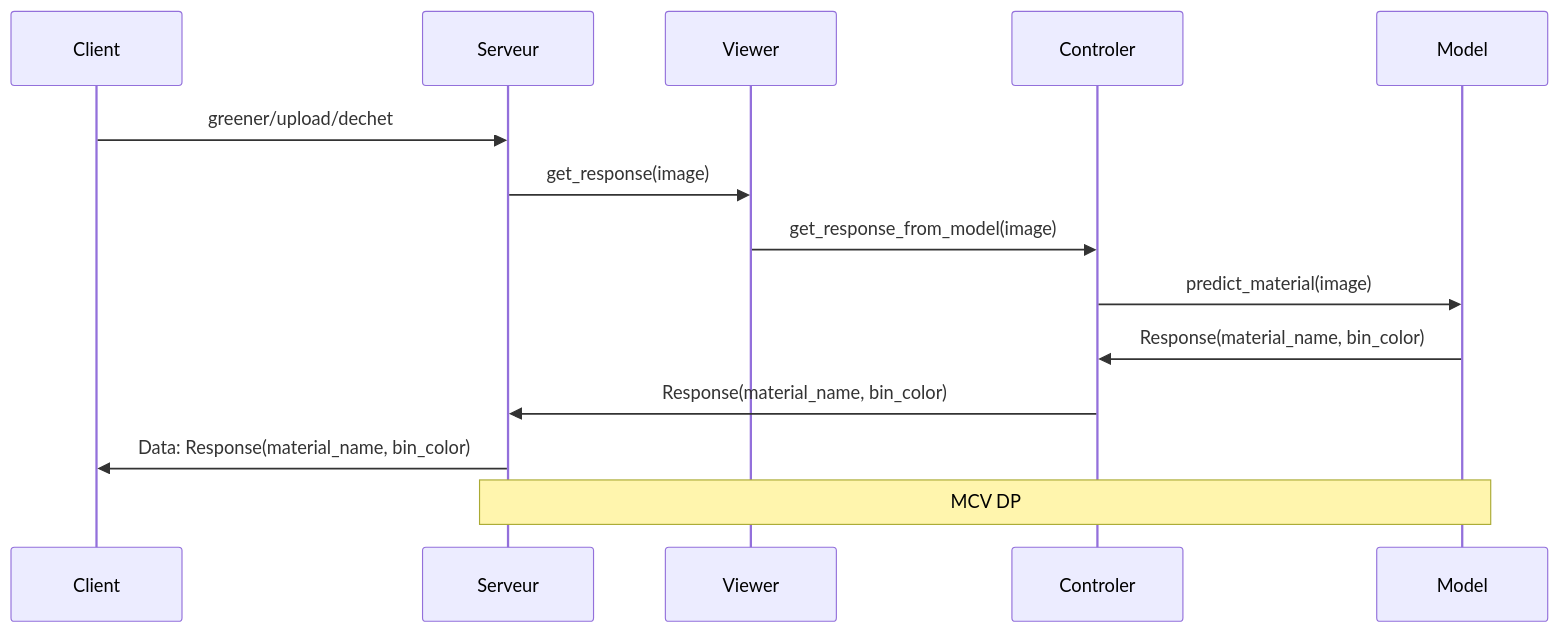
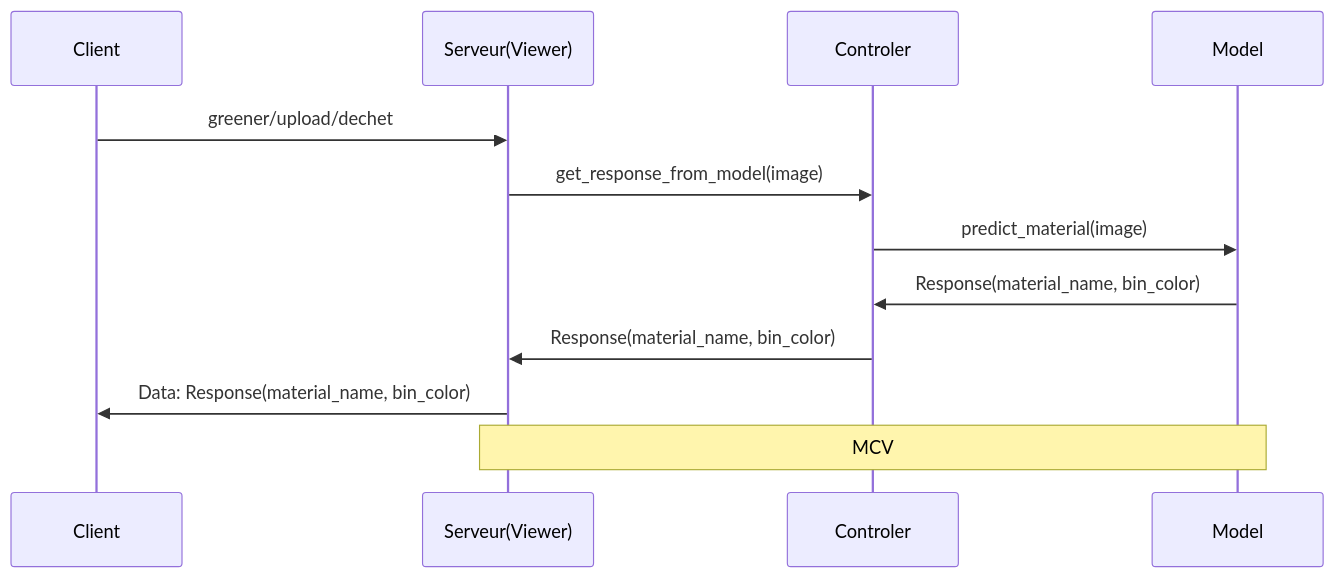
The diagram in README.md (LuckyShuii/GreenHub-AI-), drawn with Mermaid before and after one commit. The commit also changed other lines of this file, not shown here.

````diff
--- a/README.md
+++ b/README.md
@@ -31,11 +31,10 @@
 ```mermaid
 sequenceDiagram
-    Client->>Serveur: greener/upload/dechet
-    Serveur->>Viewer: get_response(image)
-    Viewer->>Controler: get_response_from_model(image)
+    Client->>Serveur(Viewer): greener/upload/dechet
+    Serveur(Viewer)->>Controler: get_response_from_model(image)
     Controler->>Model: predict_material(image)
     Model->>Controler: Response(material_name, bin_color)
-    Controler->>Serveur: Response(material_name, bin_color)
-    Serveur->>Client: Data: Response(material_name, bin_color)
-    Note over Model, Serveur: MCV DP
+    Controler->>Serveur(Viewer): Response(material_name, bin_color)
+    Serveur(Viewer)->>Client: Data: Response(material_name, bin_color)
+    Note over Model, Serveur(Viewer): MCV
 ```
````
